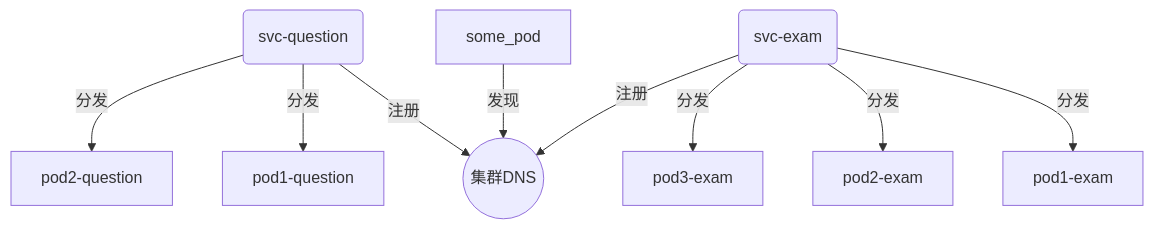
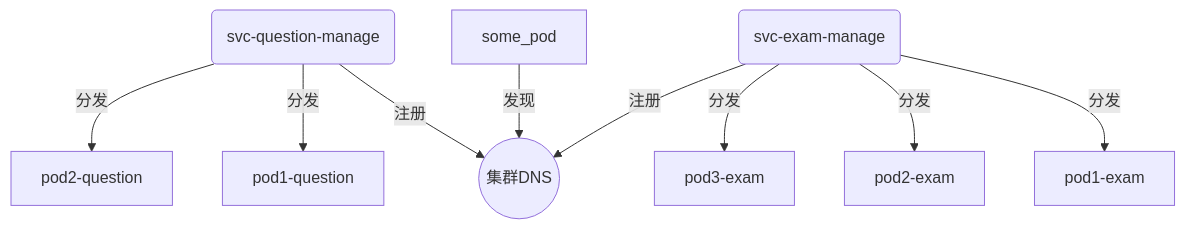
Before and after one commit to HBY-STAR/2024_Spring_CloudNative_Lab: the first of 17 diagrams in docs_hby/lab3-task2-group-8.md, drawn with Mermaid. The commit also changed other lines of this file and 1 other file, not shown here.

````diff
--- a/docs_hby/lab3-task2-group-8.md
+++ b/docs_hby/lab3-task2-group-8.md
@@ -58,11 +63,11 @@
 ```mermaid
 flowchart TD
-	question_svc(svc-question) --注册--> core_dns((集群DNS))
+	question_manage_svc(svc-question-manage) --注册--> core_dns((集群DNS))
 	some_pod[some_pod] --发现--> core_dns((集群DNS))
-	exam_svc(svc-exam) --注册--> core_dns((集群DNS))
-	question_svc(svc-question) --分发--> question_1[pod1-question]
-	question_svc(svc-question) --分发--> question_2[pod2-question]
-	exam_svc(svc-exam) --分发--> exam_1[pod1-exam]
-	exam_svc(svc-exam) --分发--> exam_2[pod2-exam]
-	exam_svc(svc-exam) --分发--> exam_3[pod3-exam]
+	exam_manage_svc(svc-exam-manage) --注册--> core_dns((集群DNS))
+	question_manage_svc(svc-question-manage) --分发--> question_1[pod1-question]
+	question_manage_svc(svc-question-manage) --分发--> question_2[pod2-question]
+	exam_manage_svc(svc-exam-manage) --分发--> exam_1[pod1-exam]
+	exam_manage_svc(svc-exam-manage) --分发--> exam_2[pod2-exam]
+	exam_manage_svc(svc-exam-manage) --分发--> exam_3[pod3-exam]
 ```
````
